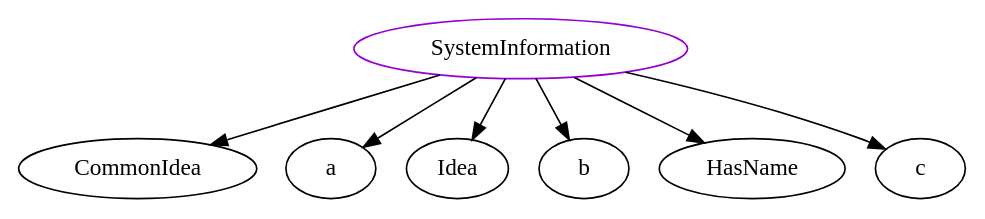
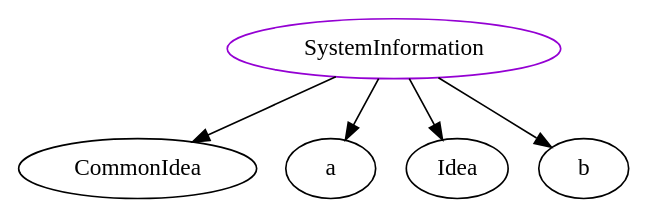
One commit to JacquesCarette/Drasil changed the diagram in analysis/TypeDependencyGraphs/sysinfo/SystemInformation.dot. Above: the diagram before and after it, drawn with Graphviz. The commit also changed 698 other files, not shown here.

```diff
--- a/analysis/TypeDependencyGraphs/sysinfo/SystemInformation.dot
+++ b/analysis/TypeDependencyGraphs/sysinfo/SystemInformation.dot
@@ -1,9 +1,7 @@
 digraph systeminformation{
 SystemInformation	[shape=oval, color=darkviolet, label="SystemInformation"];
 SystemInformation -> CommonIdea;
 SystemInformation -> a;
 SystemInformation -> Idea;
 SystemInformation -> b;
-SystemInformation -> HasName;
-SystemInformation -> c;
 }
```
